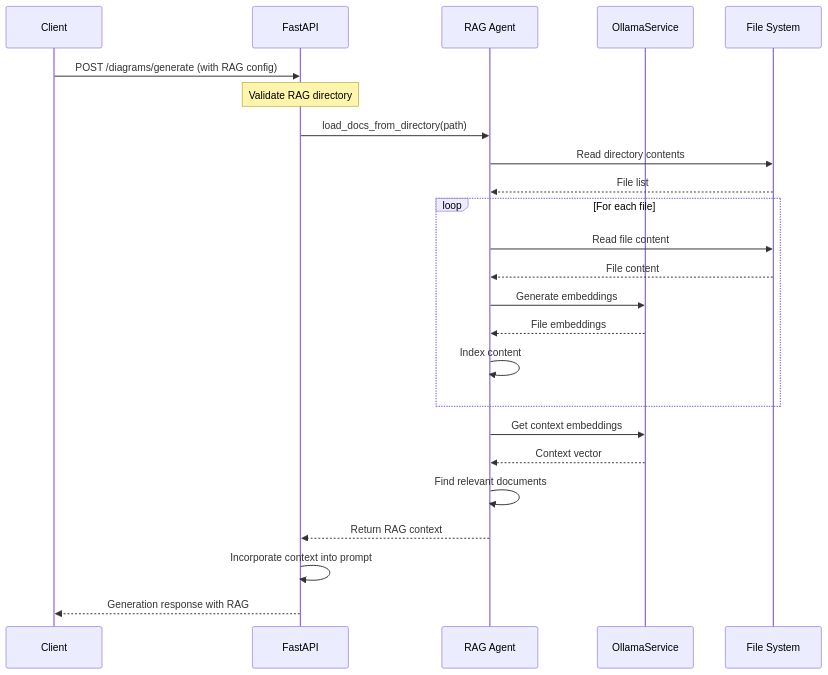
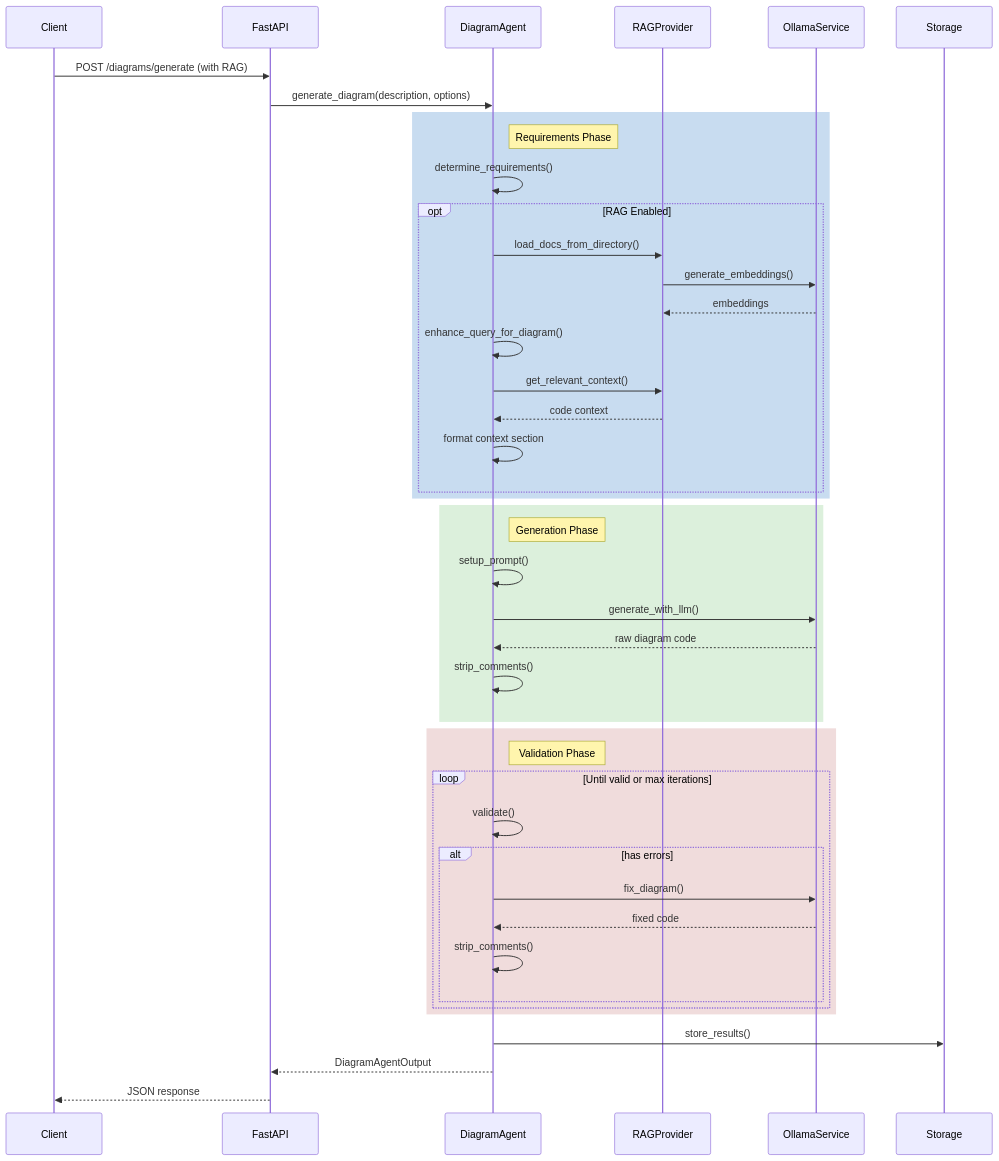
One commit to minimalefforttech/diagram_generator changed the first of 4 diagrams in docs/diagrams/sequence-flow.md. Above: the diagram before and after it, drawn with Mermaid. The commit also changed other lines of this file and 14 other files, not shown here.

````diff
--- a/docs/diagrams/sequence-flow.md
+++ b/docs/diagrams/sequence-flow.md
@@ -7,31 +7,52 @@
 ```mermaid
 sequenceDiagram
     participant Client
     participant API as FastAPI
-    participant RA as RAG Agent
+    participant Agent as DiagramAgent
+    participant RAG as RAGProvider
     participant OS as OllamaService
-    participant FS as File System
-
-    Client->>API: POST /diagrams/generate (with RAG config)
-    Note over API: Validate RAG directory
-    API->>RA: load_docs_from_directory(path)
+    participant DB as Storage
     
-    RA->>FS: Read directory contents
-    FS-->>RA: File list
+    Client->>API: POST /diagrams/generate (with RAG)
+    API->>Agent: generate_diagram(description, options)
     
-    loop For each file
-        RA->>FS: Read file content
-        FS-->>RA: File content
-        RA->>OS: Generate embeddings
-        OS-->>RA: File embeddings
-        RA->>RA: Index content
+    rect rgb(200, 220, 240)
+        note right of Agent: Requirements Phase
+        Agent->>Agent: determine_requirements()
+        
+        opt RAG Enabled
+            Agent->>RAG: load_docs_from_directory()
+            RAG->>OS: generate_embeddings()
+            OS-->>RAG: embeddings
+            Agent->>Agent: enhance_query_for_diagram()
+            Agent->>RAG: get_relevant_context()
+            RAG-->>Agent: code context
+            Agent->>Agent: format context section
+        end
     end
     
-    RA->>OS: Get context embeddings
-    OS-->>RA: Context vector
-    RA->>RA: Find relevant documents
-    RA-->>API: Return RAG context
+    rect rgb(220, 240, 220)
+        note right of Agent: Generation Phase
+        Agent->>Agent: setup_prompt()
+        Agent->>OS: generate_with_llm()
+        OS-->>Agent: raw diagram code
+        Agent->>Agent: strip_comments()
+    end
     
-    API->>API: Incorporate context into prompt
-    API-->>Client: Generation response with RAG
+    rect rgb(240, 220, 220)
+        note right of Agent: Validation Phase
+        loop Until valid or max iterations
+            Agent->>Agent: validate()
+            
+            alt has errors
+                Agent->>OS: fix_diagram()
+                OS-->>Agent: fixed code
+                Agent->>Agent: strip_comments()
+            end
+        end
+    end
+    
+    Agent->>DB: store_results()
+    Agent-->>API: DiagramAgentOutput
+    API-->>Client: JSON response
 ```
````
